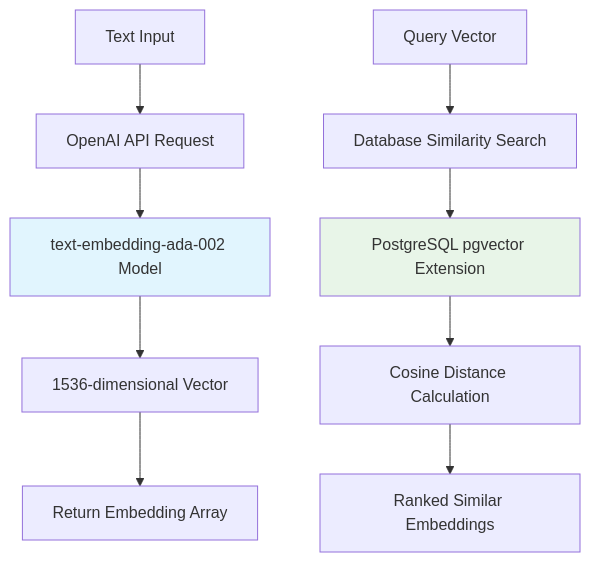
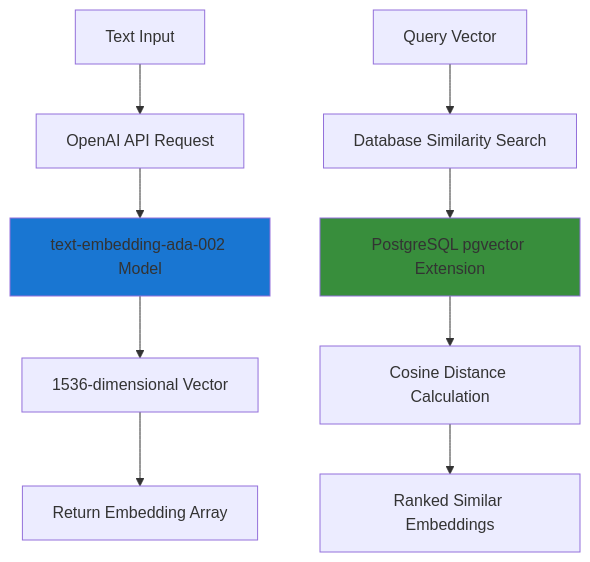
One commit to rlynjb/adventurecue changed the diagram in docs/services/embedding.md. Above: the diagram before and after it, drawn with Mermaid. The commit also changed 1 other file, not shown here.

````diff
--- a/docs/services/embedding.md
+++ b/docs/services/embedding.md
@@ -45,15 +45,15 @@
 ```mermaid
 graph TD
     A[Text Input] --> B[OpenAI API Request]
     B --> C[text-embedding-ada-002 Model]
     C --> D[1536-dimensional Vector]
     D --> E[Return Embedding Array]
 
     F[Query Vector] --> G[Database Similarity Search]
     G --> H[PostgreSQL pgvector Extension]
     H --> I[Cosine Distance Calculation]
     I --> J[Ranked Similar Embeddings]
 
-    style C fill:#e1f5fe
-    style H fill:#e8f5e8
+    style C fill:#1976d2
+    style H fill:#388e3c
 ```
````
